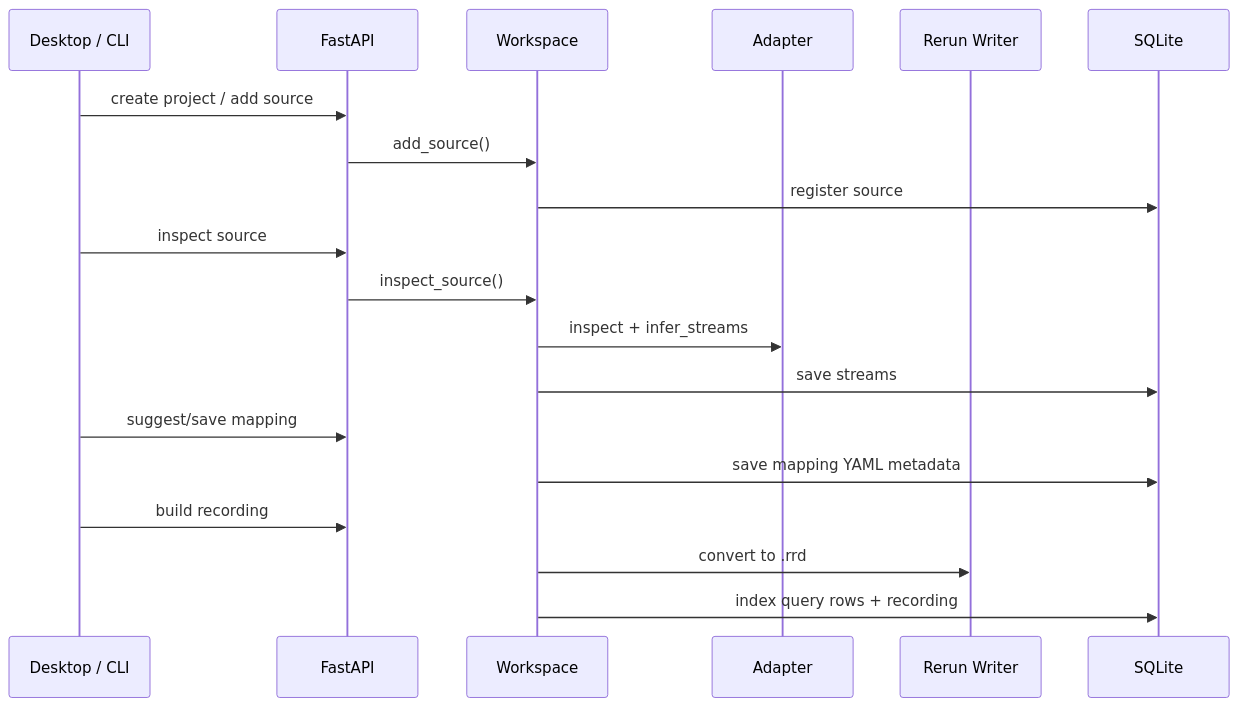
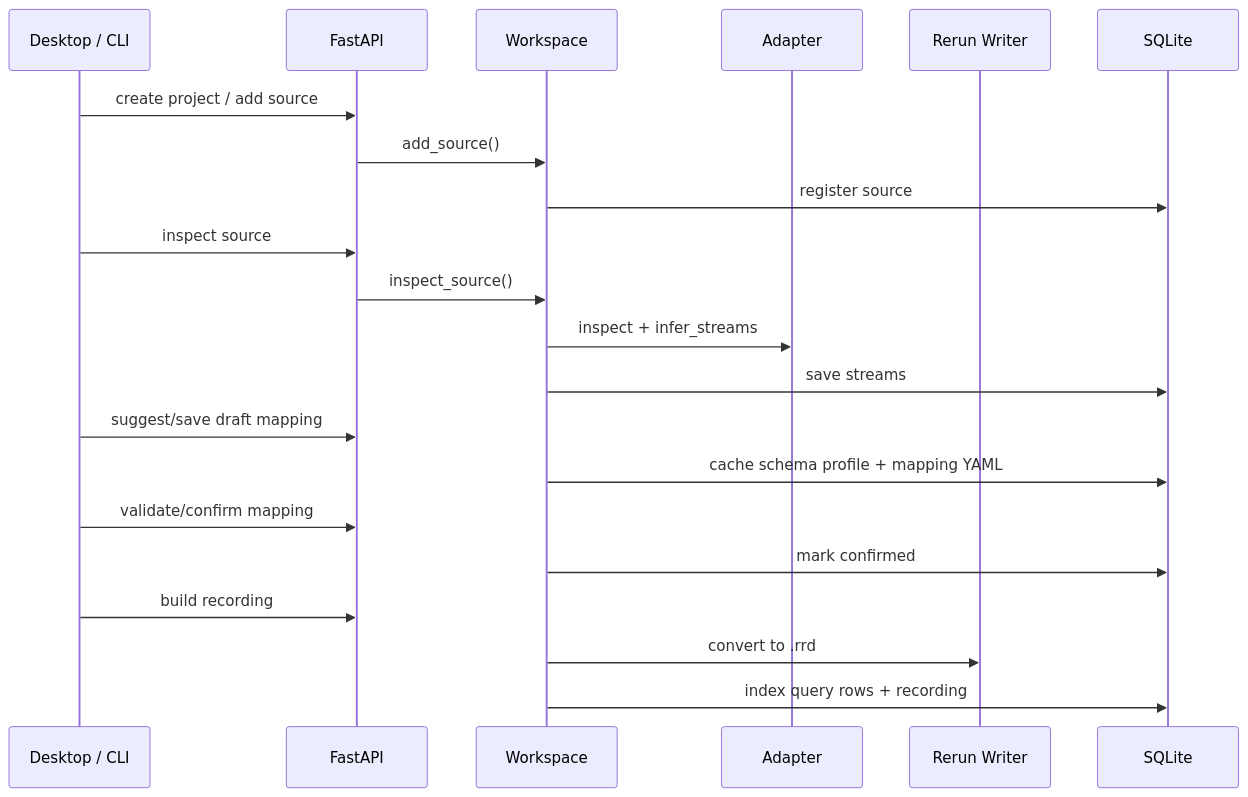
One commit to MzKyle/DataScope-Studio changed the diagram in docs/architecture/data-flow.md. Above: the diagram before and after it, drawn with Mermaid. The commit also changed 29 other files, not shown here.

````diff
--- a/docs/architecture/data-flow.md
+++ b/docs/architecture/data-flow.md
@@ -5,22 +5,24 @@
 ```mermaid
 sequenceDiagram
     participant UI as Desktop / CLI
     participant API as FastAPI
     participant WS as Workspace
     participant AD as Adapter
     participant RR as Rerun Writer
     participant DB as SQLite
 
     UI->>API: create project / add source
     API->>WS: add_source()
     WS->>DB: register source
     UI->>API: inspect source
     API->>WS: inspect_source()
     WS->>AD: inspect + infer_streams
     WS->>DB: save streams
-    UI->>API: suggest/save mapping
-    WS->>DB: save mapping YAML metadata
+    UI->>API: suggest/save draft mapping
+    WS->>DB: cache schema profile + mapping YAML
+    UI->>API: validate/confirm mapping
+    WS->>DB: mark confirmed
     UI->>API: build recording
     WS->>RR: convert to .rrd
     WS->>DB: index query rows + recording
 ```
````
